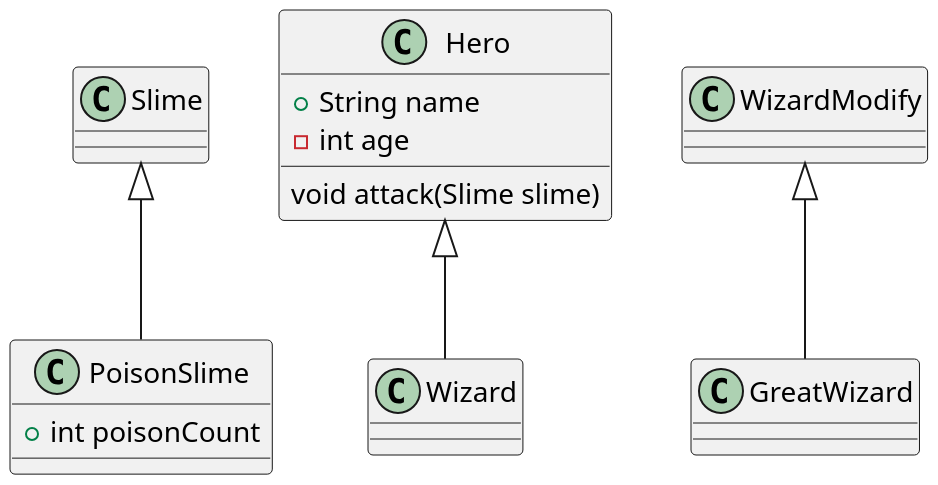
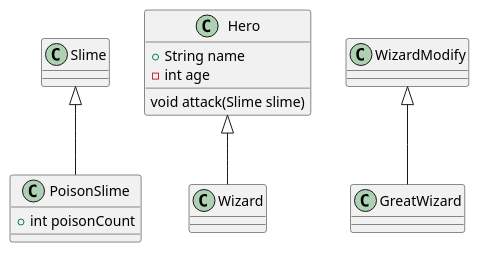
Before and after one commit to SurvivalCodingCampus/modu-3-dart-study: the diagram in lib/game.puml, drawn with PlantUML. The commit also changed 32 other files, not shown here.

```diff
--- a/lib/game.puml
+++ b/lib/game.puml
@@ -1,20 +1,20 @@
 @startuml
 
-scale 2
+scale 1
 
 class PoisonSlime extends Slime {
     + int poisonCount
 }
 
 class Hero {
     + String name
     - int age
 
     void attack(Slime slime)
 }
 
 class GreatWizard extends WizardModify {
 }
 
 class Wizard extends Hero
 @enduml
```
